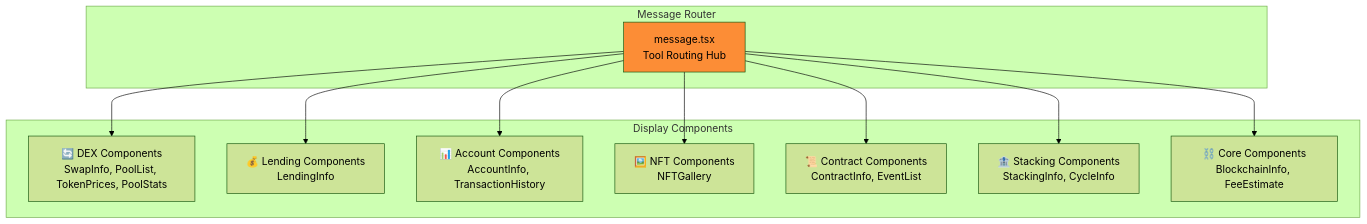
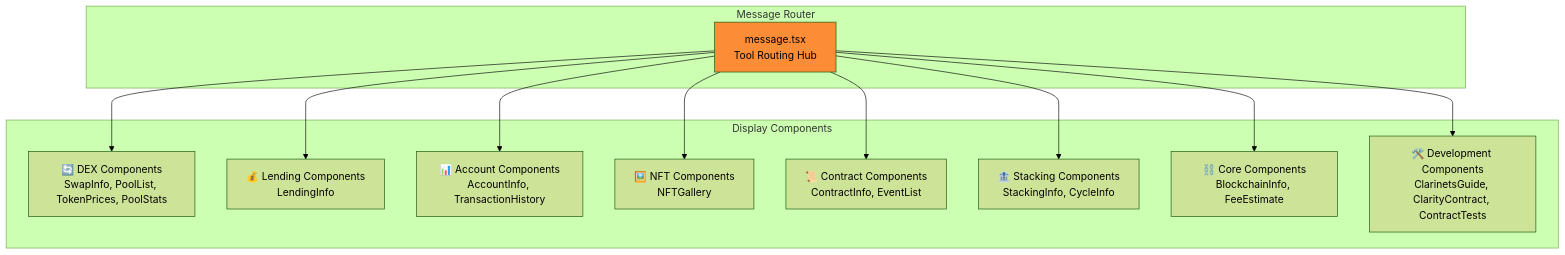
Before and after one commit to Stack-AI-MCP/stacks-frontend: the fifth of 5 diagrams in README.md, drawn with Mermaid (forest theme). The commit also changed other lines of this file and 1 other file, not shown here.

First line of the commit message:
docs: update prompts and README to reflect Clarinet development tools integration

````diff
--- a/README.md
+++ b/README.md
@@ -370,20 +387,21 @@
 ```mermaid
 graph TB
     subgraph "Message Router"
         M[message.tsx<br/>Tool Routing Hub]
     end
 
     subgraph "Display Components"
         D1[🔄 DEX Components<br/>SwapInfo, PoolList, TokenPrices, PoolStats]
         D2[💰 Lending Components<br/>LendingInfo]
         D3[📊 Account Components<br/>AccountInfo, TransactionHistory]
         D4[🖼️ NFT Components<br/>NFTGallery]
         D5[📜 Contract Components<br/>ContractInfo, EventList]
         D6[🏦 Stacking Components<br/>StackingInfo, CycleInfo]
         D7[⛓️ Core Components<br/>BlockchainInfo, FeeEstimate]
+        D8[🛠️ Development Components<br/>ClarinetsGuide, ClarityContract, ContractTests]
     end
 
-    M --> D1 & D2 & D3 & D4 & D5 & D6 & D7
+    M --> D1 & D2 & D3 & D4 & D5 & D6 & D7 & D8
 
     style M fill:#fc8d36
 ```
````
